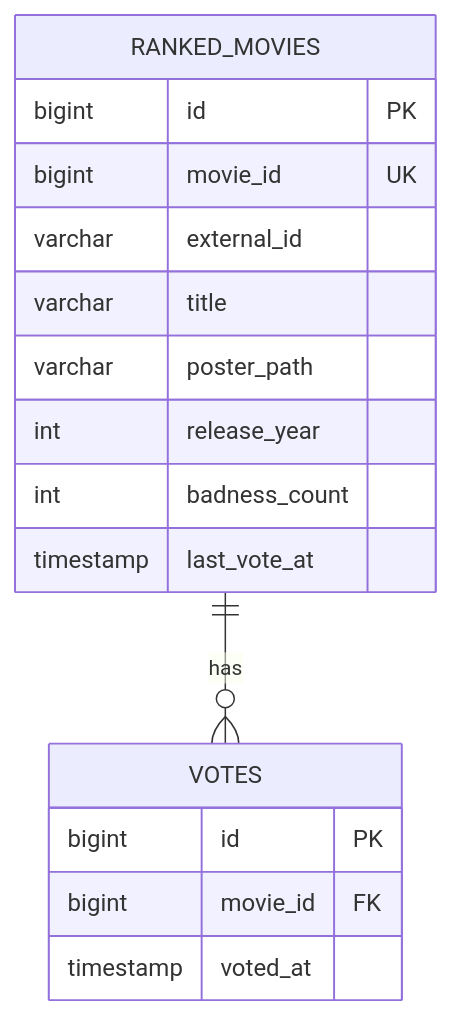
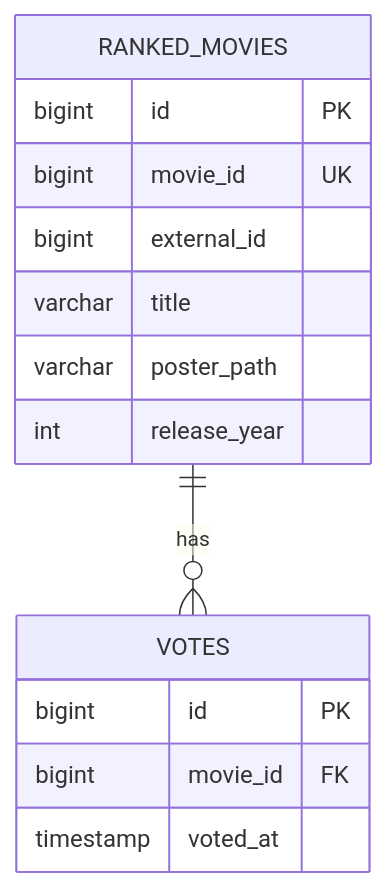
One commit to ViniGaspar/cinetrash-microservices changed the fifth of 5 diagrams in docs/diagrams.md. Above: the diagram before and after it, drawn with Mermaid. The commit also changed 3 other files, not shown here.

````diff
--- a/docs/diagrams.md
+++ b/docs/diagrams.md
@@ -81,19 +81,17 @@
 ```mermaid
 erDiagram
     RANKED_MOVIES {
         bigint id PK
         bigint movie_id UK
-        varchar external_id
+        bigint external_id
         varchar title
         varchar poster_path
         int release_year
-        int badness_count
-        timestamp last_vote_at
     }
     VOTES {
         bigint id PK
         bigint movie_id FK
         timestamp voted_at
     }
     RANKED_MOVIES ||--o{ VOTES : "has"
 ```
````
